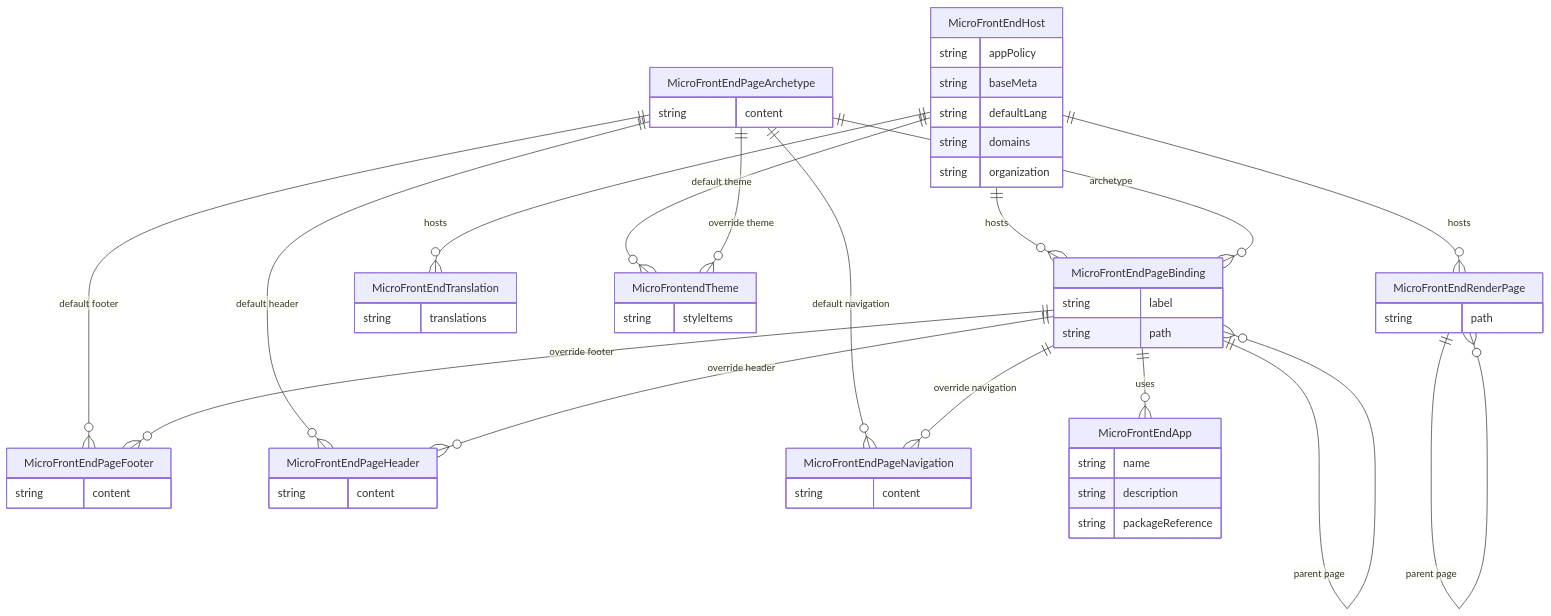
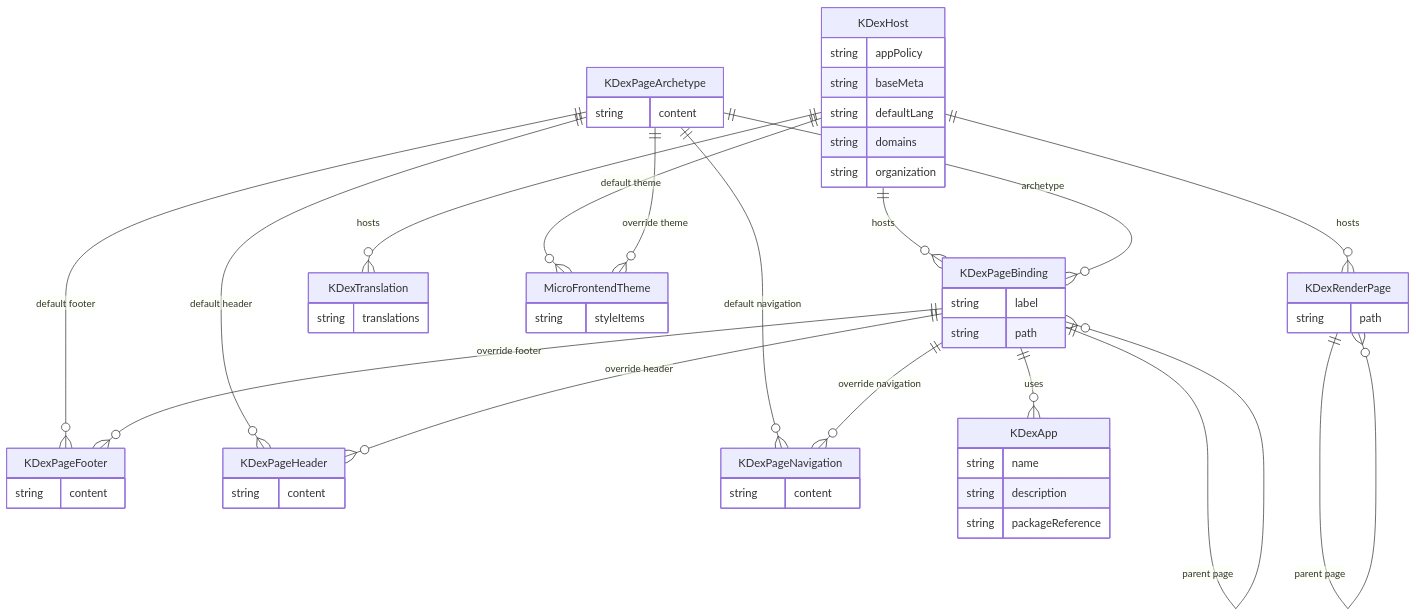
The diagram in CRD_RELATIONSHIPS.md (kdex-tech/kdex-crds), drawn with Mermaid before and after one commit. The commit also changed 72 other files, not shown here.

Commit message:
rename MicroFrontEnd to KDex

````diff
--- a/CRD_RELATIONSHIPS.md
+++ b/CRD_RELATIONSHIPS.md
@@ -5,68 +5,68 @@
 ```mermaid
 erDiagram
-    MicroFrontEndHost ||--o{ MicroFrontEndPageBinding : "hosts"
-    MicroFrontEndHost ||--o{ MicroFrontEndRenderPage : "hosts"
-    MicroFrontEndHost ||--o{ MicroFrontEndTranslation : "hosts"
-    MicroFrontEndHost ||--o{ MicroFrontendTheme : "default theme"
+    KDexHost ||--o{ KDexPageBinding : "hosts"
+    KDexHost ||--o{ KDexRenderPage : "hosts"
+    KDexHost ||--o{ KDexTranslation : "hosts"
+    KDexHost ||--o{ MicroFrontendTheme : "default theme"
 
-    MicroFrontEndPageArchetype ||--o{ MicroFrontEndPageBinding : "archetype"
-    MicroFrontEndPageArchetype ||--o{ MicroFrontEndPageFooter : "default footer"
-    MicroFrontEndPageArchetype ||--o{ MicroFrontEndPageHeader : "default header"
-    MicroFrontEndPageArchetype ||--o{ MicroFrontEndPageNavigation : "default navigation"
-    MicroFrontEndPageArchetype ||--o{ MicroFrontendTheme : "override theme"
+    KDexPageArchetype ||--o{ KDexPageBinding : "archetype"
+    KDexPageArchetype ||--o{ KDexPageFooter : "default footer"
+    KDexPageArchetype ||--o{ KDexPageHeader : "default header"
+    KDexPageArchetype ||--o{ KDexPageNavigation : "default navigation"
+    KDexPageArchetype ||--o{ MicroFrontendTheme : "override theme"
 
-    MicroFrontEndPageBinding ||--o{ MicroFrontEndApp : "uses"
-    MicroFrontEndPageBinding ||--o{ MicroFrontEndPageFooter : "override footer"
-    MicroFrontEndPageBinding ||--o{ MicroFrontEndPageHeader : "override header"
-    MicroFrontEndPageBinding ||--o{ MicroFrontEndPageNavigation : "override navigation"
-    MicroFrontEndPageBinding ||--o{ MicroFrontEndPageBinding : "parent page"
+    KDexPageBinding ||--o{ KDexApp : "uses"
+    KDexPageBinding ||--o{ KDexPageFooter : "override footer"
+    KDexPageBinding ||--o{ KDexPageHeader : "override header"
+    KDexPageBinding ||--o{ KDexPageNavigation : "override navigation"
+    KDexPageBinding ||--o{ KDexPageBinding : "parent page"
 
-    MicroFrontEndRenderPage ||--o{ MicroFrontEndRenderPage : "parent page"
+    KDexRenderPage ||--o{ KDexRenderPage : "parent page"
 
-    MicroFrontEndApp {
+    KDexApp {
         string name
         string description
         string packageReference
     }
 
-    MicroFrontEndHost {
+    KDexHost {
         string appPolicy
         string baseMeta
         string defaultLang
         string domains
         string organization
     }
 
-    MicroFrontEndPageArchetype {
+    KDexPageArchetype {
         string content
     }
 
-    MicroFrontEndPageBinding {
+    KDexPageBinding {
         string label
         string path
     }
 
-    MicroFrontEndPageFooter {
+    KDexPageFooter {
         string content
     }
 
-    MicroFrontEndPageHeader {
+    KDexPageHeader {
         string content
     }
 
-    MicroFrontEndPageNavigation {
+    KDexPageNavigation {
         string content
     }
 
-    MicroFrontEndRenderPage {
+    KDexRenderPage {
         string path
     }
 
     MicroFrontendTheme {
         string styleItems
     }
 
-    MicroFrontEndTranslation {
+    KDexTranslation {
         string translations
     }
 ```
````
